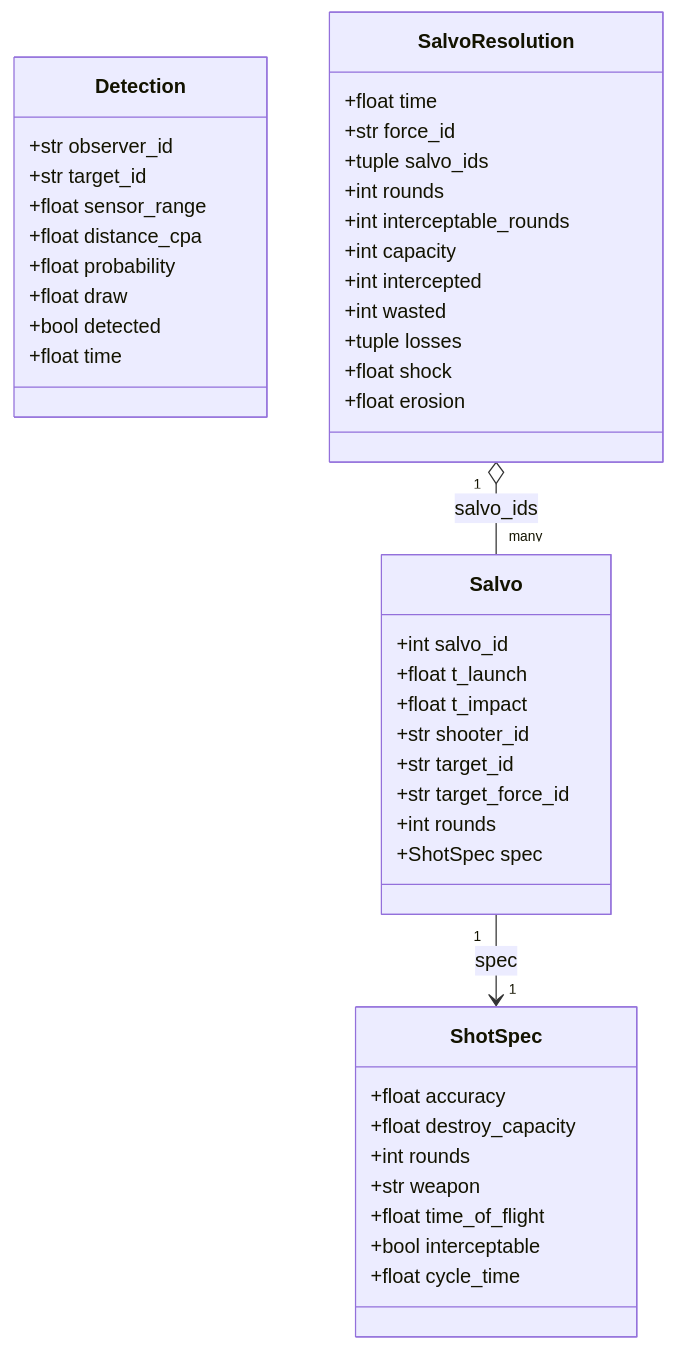
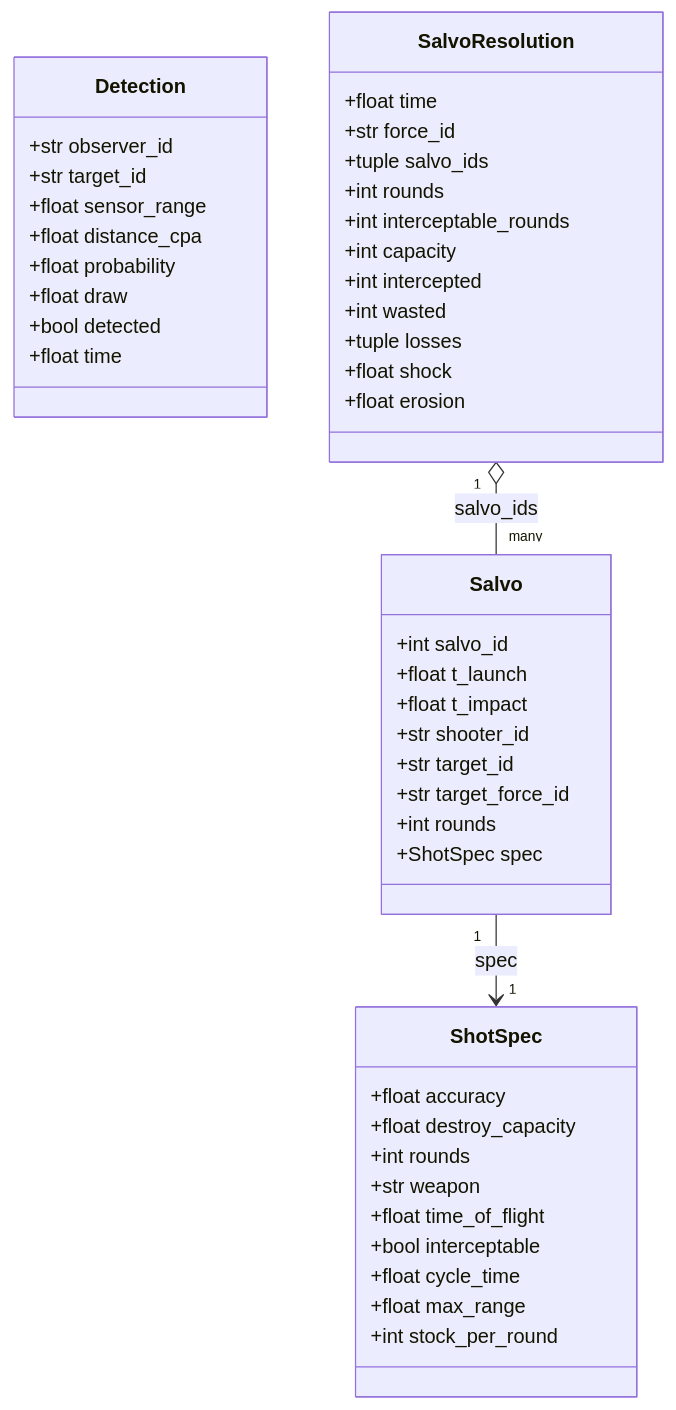
Before and after one commit to MakusIV/Warfare-Model: the first of 8 diagrams in Analysis/Document/Manuale_Motore_DES/05_Strato2_Risolutore_Ingaggio.md, drawn with Mermaid. The commit also changed other lines of this file and 8 other files, not shown here.

````diff
--- a/Analysis/Document/Manuale_Motore_DES/05_Strato2_Risolutore_Ingaggio.md
+++ b/Analysis/Document/Manuale_Motore_DES/05_Strato2_Risolutore_Ingaggio.md
@@ -213,51 +256,53 @@
 ```mermaid
 classDiagram
     class ShotSpec {
         +float accuracy
         +float destroy_capacity
         +int rounds
         +str weapon
         +float time_of_flight
         +bool interceptable
         +float cycle_time
+        +float max_range
+        +int stock_per_round
     }
 
     class Detection {
         +str observer_id
         +str target_id
         +float sensor_range
         +float distance_cpa
         +float probability
         +float draw
         +bool detected
         +float time
     }
 
     class Salvo {
         +int salvo_id
         +float t_launch
         +float t_impact
         +str shooter_id
         +str target_id
         +str target_force_id
         +int rounds
         +ShotSpec spec
     }
 
     class SalvoResolution {
         +float time
         +str force_id
         +tuple salvo_ids
         +int rounds
         +int interceptable_rounds
         +int capacity
         +int intercepted
         +int wasted
         +tuple losses
         +float shock
         +float erosion
     }
 
     Salvo "1" --> "1" ShotSpec : spec
     SalvoResolution "1" o-- "many" Salvo : salvo_ids
 ```
````
